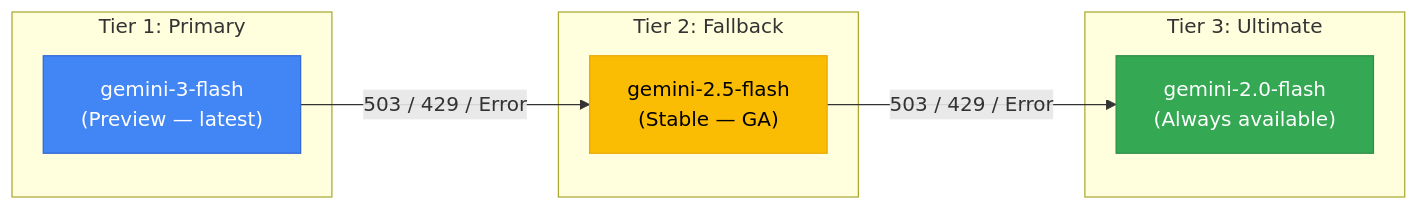
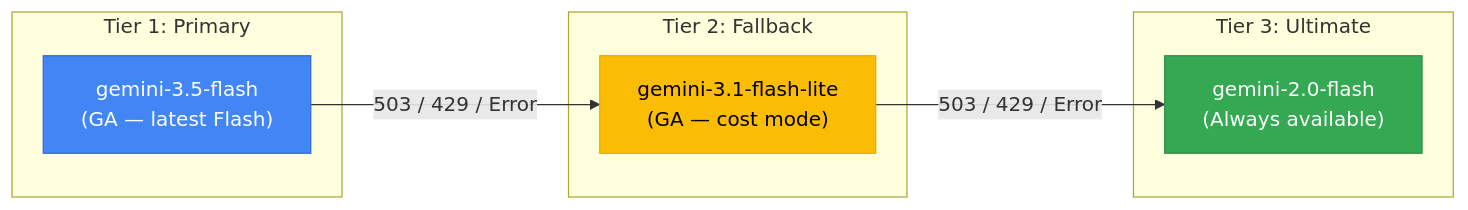
The seventh of 10 diagrams in ARCHITECTURE.md (Vetassikc/vartovii-trust-agent), drawn with Mermaid before and after one commit. The commit also changed other lines of this file and 25 other files, not shown here.

````diff
--- a/ARCHITECTURE.md
+++ b/ARCHITECTURE.md
@@ -426,21 +430,21 @@
 ```mermaid
 graph LR
     subgraph "Tier 1: Primary"
-        P["gemini-3-flash<br/>(Preview — latest)"]
+        P["gemini-3.5-flash<br/>(GA — latest Flash)"]
     end
 
     subgraph "Tier 2: Fallback"
-        F["gemini-2.5-flash<br/>(Stable — GA)"]
+        F["gemini-3.1-flash-lite<br/>(GA — cost mode)"]
     end
 
     subgraph "Tier 3: Ultimate"
         U["gemini-2.0-flash<br/>(Always available)"]
     end
 
     P -->|"503 / 429 / Error"| F
     F -->|"503 / 429 / Error"| U
 
     style P fill:#4285F4,stroke:#3367D6,color:#fff
     style F fill:#FBBC04,stroke:#E8A800,color:#000
     style U fill:#34A853,stroke:#2D8E47,color:#fff
 ```
````
